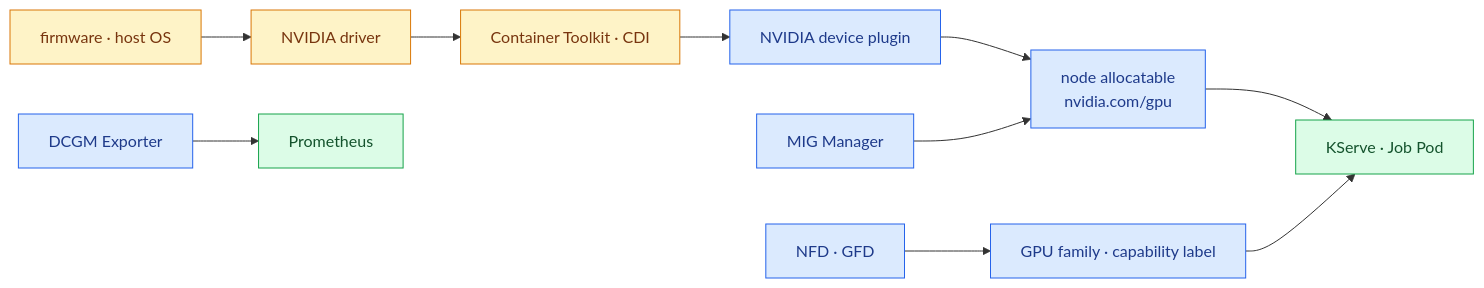
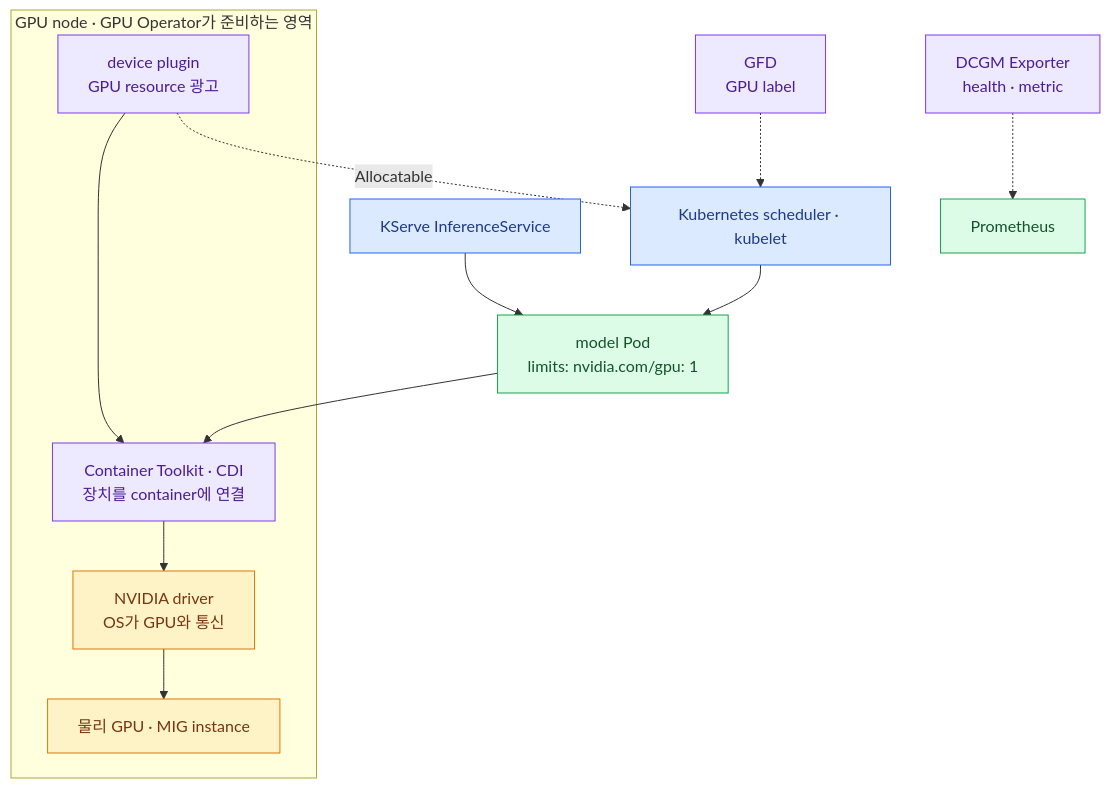
The first of 2 diagrams in src/content/docs/gpu-platform/02-gpu-foundation.mdx (mechurak/study-starlight), drawn with Mermaid before and after one commit. The commit also changed other lines of this file and 20 other files, not shown here.

Commit message:
docs: refocus gpu platform deck on inference

````diff
--- a/src/content/docs/gpu-platform/02-gpu-foundation.mdx
+++ b/src/content/docs/gpu-platform/02-gpu-foundation.mdx
@@ -24,19 +26,27 @@
 ```mermaid
-flowchart LR
-    FW["firmware · host OS"] --> DRV["NVIDIA driver"]
-    DRV --> CTK["Container Toolkit · CDI"]
-    CTK --> DP["NVIDIA device plugin"]
-    DP --> RES["node allocatable<br/>nvidia.com/gpu"]
-    NFD["NFD · GFD"] --> LABEL["GPU family · capability label"]
-    MIG["MIG Manager"] --> RES
-    DCGM["DCGM Exporter"] --> OBS["Prometheus"]
-    RES --> POD["KServe · Job Pod"]
-    LABEL --> POD
+flowchart TB
+    ISVC["KServe InferenceService"] --> POD["model Pod<br/>limits: nvidia.com/gpu: 1"]
+    K8S["Kubernetes scheduler · kubelet"] --> POD
+    subgraph node["GPU node · GPU Operator가 준비하는 영역"]
+        DP["device plugin<br/>GPU resource 광고"]
+        CTK["Container Toolkit · CDI<br/>장치를 container에 연결"]
+        DRV["NVIDIA driver<br/>OS가 GPU와 통신"]
+        GPU["물리 GPU · MIG instance"]
+        DRV --> GPU
+        CTK --> DRV
+        DP --> CTK
+    end
+    DP -. "Allocatable" .-> K8S
+    POD --> CTK
+    GFD["GFD<br/>GPU label"] -.-> K8S
+    DCGM["DCGM Exporter<br/>health · metric"] -.-> OBS["Prometheus"]
 
+    classDef key fill:#dbeafe,stroke:#2563eb,color:#1e3a8a
+    classDef zone fill:#ede9fe,stroke:#7c3aed,color:#4c1d95
+    classDef ok fill:#dcfce7,stroke:#16a34a,color:#14532d
     classDef warn fill:#fef3c7,stroke:#d97706,color:#78350f
-    classDef key  fill:#dbeafe,stroke:#2563eb,color:#1e3a8a
-    classDef ok   fill:#dcfce7,stroke:#16a34a,color:#14532d
-    class FW,DRV,CTK warn
-    class DP,RES,NFD,LABEL,MIG,DCGM key
+    class ISVC,K8S key
+    class DP,CTK,GFD,DCGM zone
     class POD,OBS ok
+    class DRV,GPU warn
 ```
````
